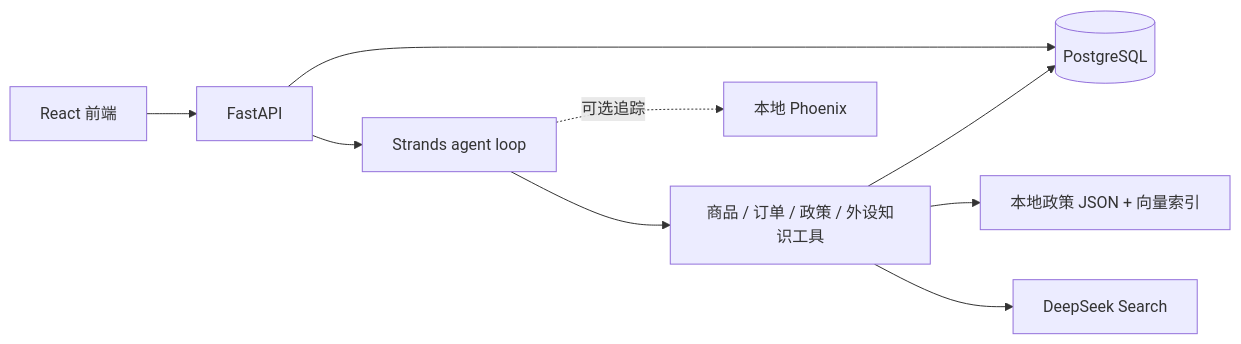
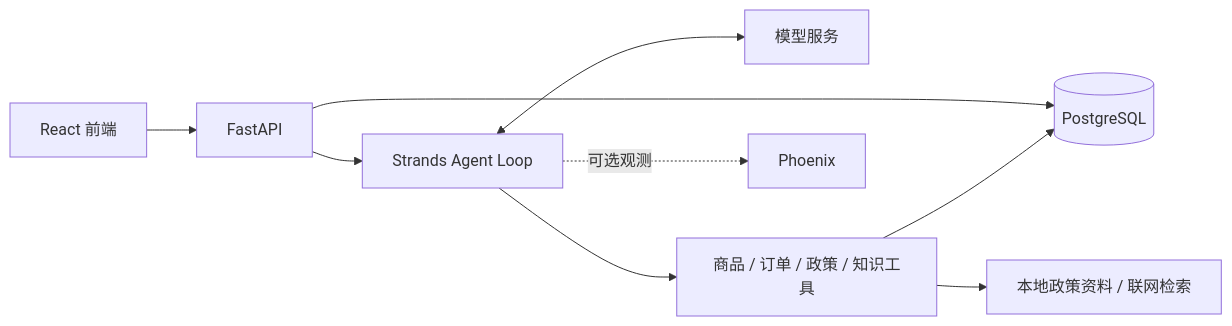
One commit to Laleylaa/pc-ecommerce-agent changed the diagram in README.md. Above: the diagram before and after it, drawn with Mermaid. The commit also changed other lines of this file, not shown here.

Commit message:
docs: 精简 Agent Loop README 并突出快速搭建

````diff
--- a/README.md
+++ b/README.md
@@ -18,11 +26,11 @@
 ```mermaid
 flowchart LR
     UI[React 前端] --> API[FastAPI]
-    API --> Loop[Strands agent loop]
-    Loop --> Tools[商品 / 订单 / 政策 / 外设知识工具]
+    API --> Agent[Strands Agent Loop]
+    Agent <--> LLM[模型服务]
+    Agent --> Tools[商品 / 订单 / 政策 / 知识工具]
     API --> DB[(PostgreSQL)]
     Tools --> DB
-    Tools --> Policy[本地政策 JSON + 向量索引]
-    Tools --> Search[DeepSeek Search]
-    Loop -. 可选追踪 .-> Phoenix[本地 Phoenix]
+    Tools --> Sources[本地政策资料 / 联网检索]
+    Agent -. 可选观测 .-> Phoenix[Phoenix]
 ```
````
